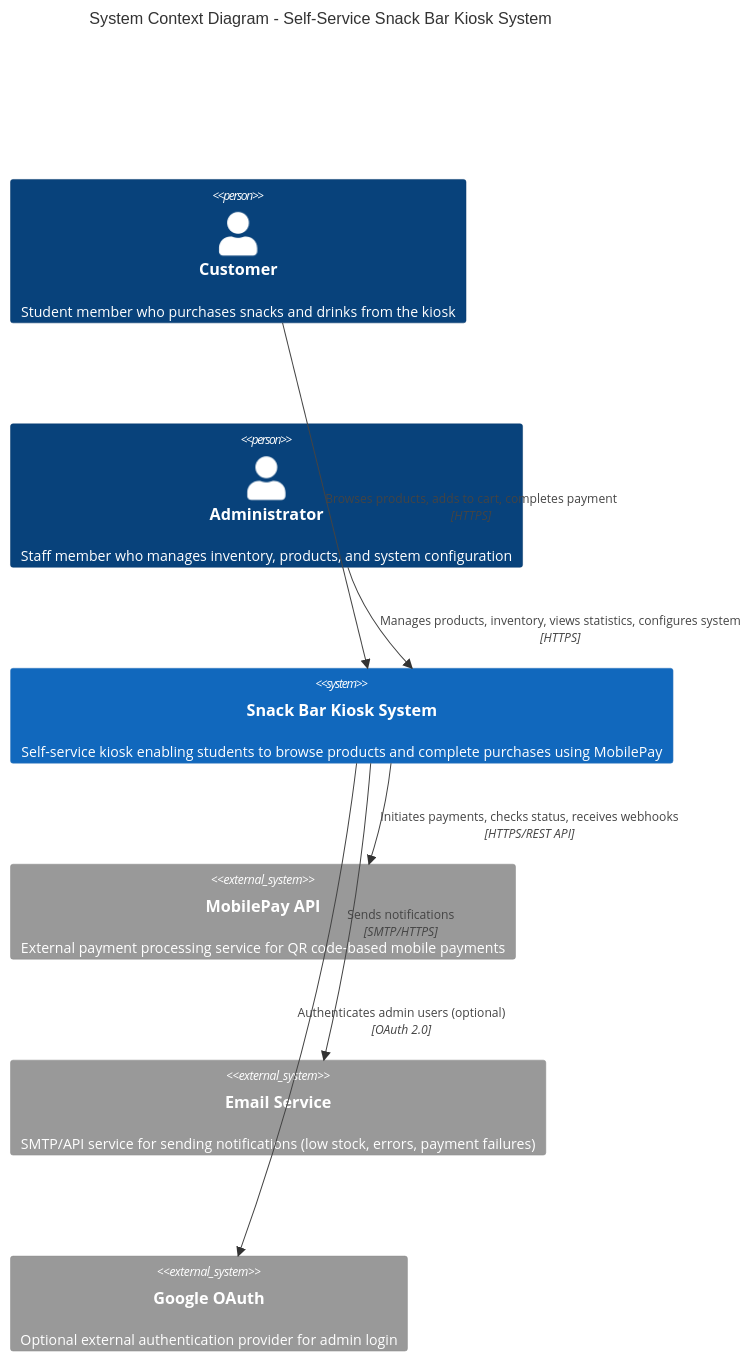
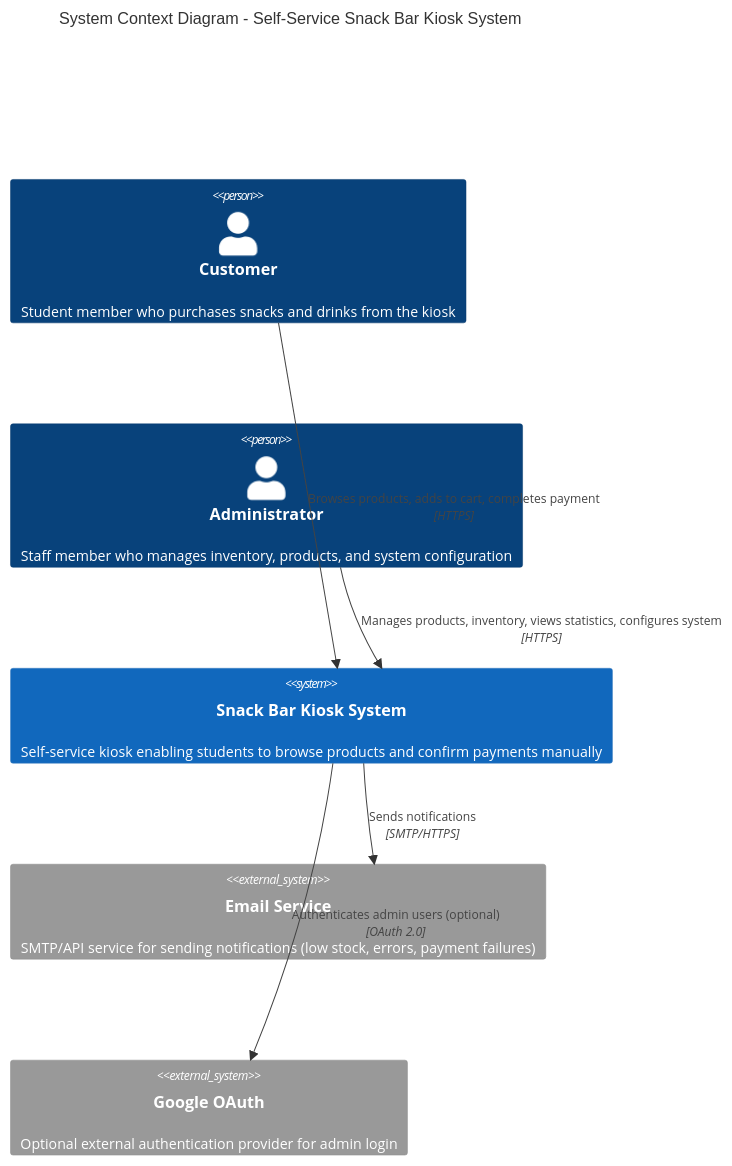
Before and after one commit to JYU-GENIUS-project/snackbar_v1: the first of 7 diagrams in docs/architecture/C4_Architecture.md, drawn with Mermaid. The commit also changed other lines of this file and 38 other files, not shown here.

````diff
--- a/docs/architecture/C4_Architecture.md
+++ b/docs/architecture/C4_Architecture.md
@@ -27,19 +27,16 @@
 ```mermaid
 C4Context
     title System Context Diagram - Self-Service Snack Bar Kiosk System
 
     Person(customer, "Customer", "Student member who purchases snacks and drinks from the kiosk")
     Person(admin, "Administrator", "Staff member who manages inventory, products, and system configuration")
 
-    System(snackbar, "Snack Bar Kiosk System", "Self-service kiosk enabling students to browse products and complete purchases using MobilePay")
-
-    System_Ext(mobilepay, "MobilePay API", "External payment processing service for QR code-based mobile payments")
+    System(snackbar, "Snack Bar Kiosk System", "Self-service kiosk enabling students to browse products and confirm payments manually")
     System_Ext(email, "Email Service", "SMTP/API service for sending notifications (low stock, errors, payment failures)")
     System_Ext(google, "Google OAuth", "Optional external authentication provider for admin login")
 
     Rel(customer, snackbar, "Browses products, adds to cart, completes payment", "HTTPS")
     Rel(admin, snackbar, "Manages products, inventory, views statistics, configures system", "HTTPS")
-    Rel(snackbar, mobilepay, "Initiates payments, checks status, receives webhooks", "HTTPS/REST API")
     Rel(snackbar, email, "Sends notifications", "SMTP/HTTPS")
     Rel(snackbar, google, "Authenticates admin users (optional)", "OAuth 2.0")
 ```
````
